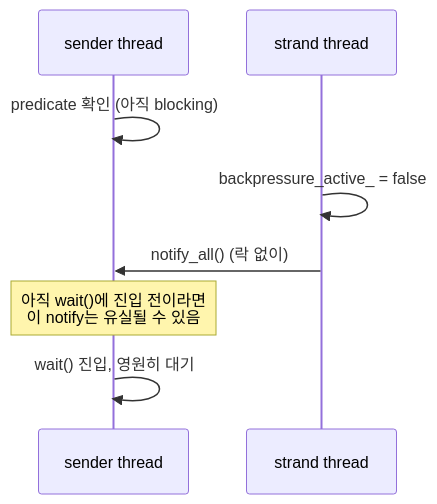
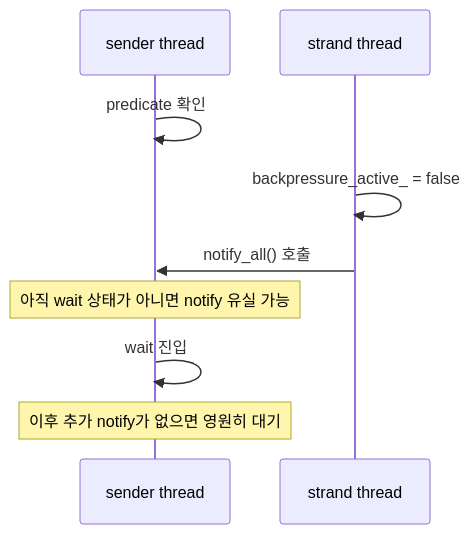
The fifth of 5 diagrams in src/content/blog/2026-07-02-unilink-udp-backpressure-데드락-트러블슈팅.md (jwsung91/jwsung91.github.io), drawn with Mermaid before and after one commit. The commit also changed other lines of this file, not shown here.

````diff
--- a/src/content/blog/2026-07-02-unilink-udp-backpressure-데드락-트러블슈팅.md
+++ b/src/content/blog/2026-07-02-unilink-udp-backpressure-데드락-트러블슈팅.md
@@ -125,10 +138,11 @@
 ```mermaid
 sequenceDiagram
     participant W as sender thread
     participant S as strand thread
-    W->>W: predicate 확인 (아직 blocking)
+    W->>W: predicate 확인
     S->>S: backpressure_active_ = false
-    S->>W: notify_all() (락 없이)
-    Note over W: 아직 wait()에 진입 전이라면<br/>이 notify는 유실될 수 있음
-    W->>W: wait() 진입, 영원히 대기
+    S->>W: notify_all() 호출
+    Note over W: 아직 wait 상태가 아니면 notify 유실 가능
+    W->>W: wait 진입
+    Note over W: 이후 추가 notify가 없으면 영원히 대기
 ```
````
